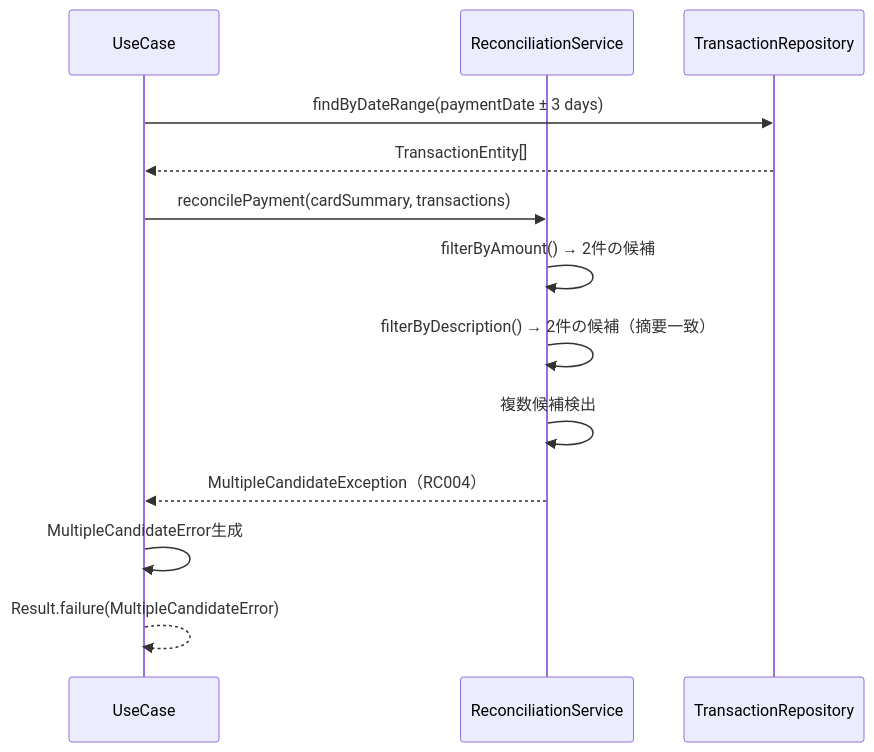
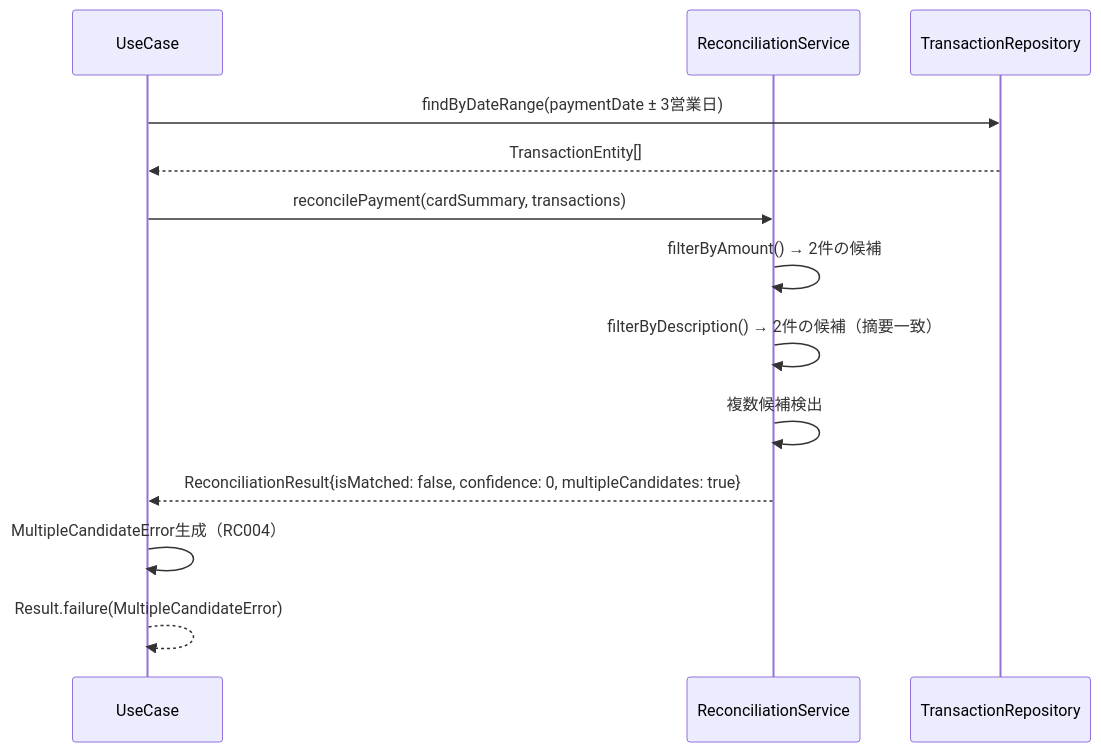
One commit to kencom2400/account-book changed the seventh of 10 diagrams in docs/detailed-design/FR-013_bank-withdrawal-reconciliation/sequence-diagrams.md. Above: the diagram before and after it, drawn with Mermaid. The commit also changed other lines of this file and 4 other files, not shown here.

````diff
--- a/docs/detailed-design/FR-013_bank-withdrawal-reconciliation/sequence-diagrams.md
+++ b/docs/detailed-design/FR-013_bank-withdrawal-reconciliation/sequence-diagrams.md
@@ -295,19 +292,19 @@
 ```mermaid
 sequenceDiagram
     participant UC as UseCase
     participant RS as ReconciliationService
     participant TR as TransactionRepository
 
-    UC->>TR: findByDateRange(paymentDate ± 3 days)
+    UC->>TR: findByDateRange(paymentDate ± 3営業日)
     TR-->>UC: TransactionEntity[]
 
     UC->>RS: reconcilePayment(cardSummary, transactions)
     RS->>RS: filterByAmount() → 2件の候補
     RS->>RS: filterByDescription() → 2件の候補（摘要一致）
 
     RS->>RS: 複数候補検出
-    RS-->>UC: MultipleCandidateException（RC004）
+    RS-->>UC: ReconciliationResult{isMatched: false, confidence: 0, multipleCandidates: true}
 
-    UC->>UC: MultipleCandidateError生成
+    UC->>UC: MultipleCandidateError生成（RC004）
     UC-->>UC: Result.failure(MultipleCandidateError)
 ```
````
